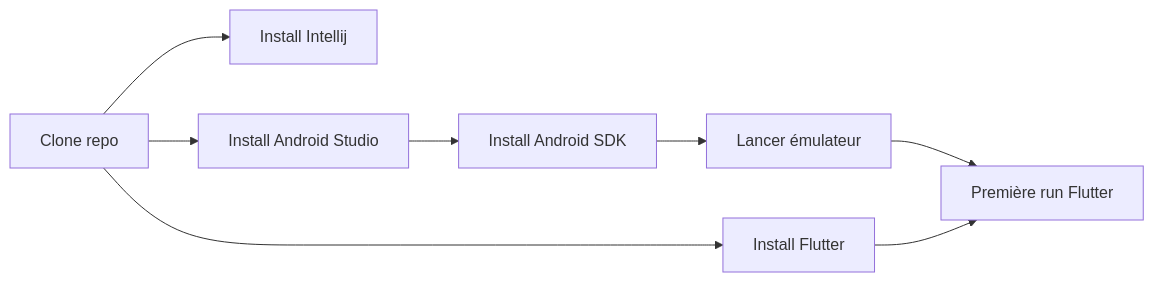
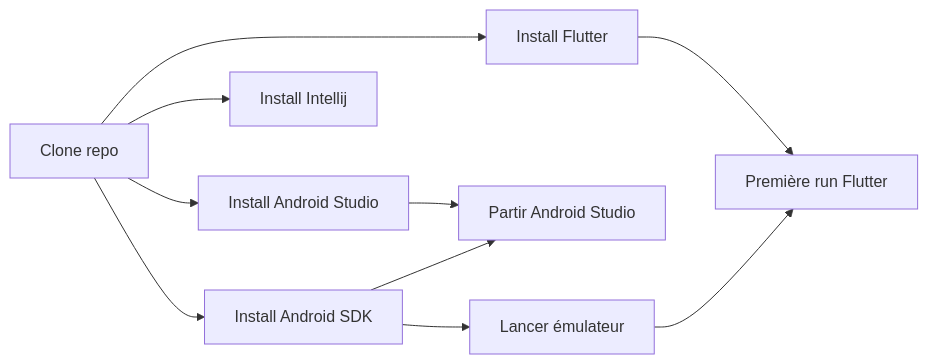
The diagram in README.md (departement-info-cem/scripts-mobile), drawn with Mermaid before and after one commit.

Commit message:
Cible d'exécution

````diff
--- a/README.md
+++ b/README.md
@@ -17,17 +17,20 @@
 ```mermaid
 flowchart LR
     clone["Clone repo"]
     idea["Install Intellij"]
     androidstudio["Install Android Studio"]
+    startandroidstudio["Partir Android Studio"]
     androidsdk["Install Android SDK"]
     flutter["Install Flutter"]
     projetflutter["Première run Flutter"]
     emulator["Lancer émulateur"]
     clone --> flutter
     clone --> idea
     clone --> androidstudio
-    androidstudio --> androidsdk
+    androidsdk --> startandroidstudio;
+    androidstudio --> startandroidstudio;
+    clone --> androidsdk
     androidsdk --> emulator
     emulator --> projetflutter
     flutter --> projetflutter
 ```
````
